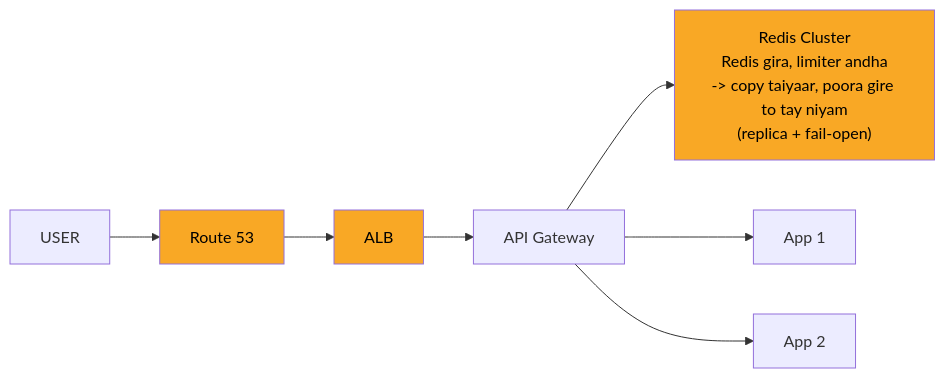
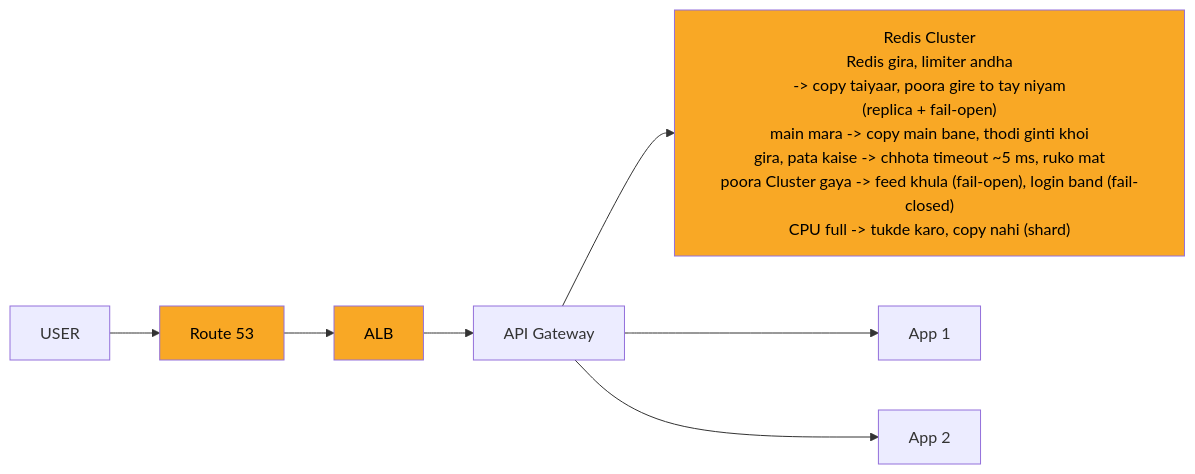
Before and after one commit to ArpanMaheshwari144/Prep: the fifth of 11 diagrams in 04_HLD/SYSTEM_DESIGNS/02_rate_limiter/02_rate_limiter.md, drawn with Mermaid. The commit also changed other lines of this file and 12 other files, not shown here.

Commit message:
hld 02-14: peele dabbe me SAFAR ke mod + diagram chauda (wrappingWidth 450)

````diff
--- a/04_HLD/SYSTEM_DESIGNS/02_rate_limiter/02_rate_limiter.md
+++ b/04_HLD/SYSTEM_DESIGNS/02_rate_limiter/02_rate_limiter.md
@@ -214,19 +218,20 @@
 ```mermaid
+%%{init: {"flowchart": {"wrappingWidth": 450}}}%%
 flowchart LR
     n_USER["USER"]
     n_Route_53["Route 53"]
     n_ALB["ALB"]
     n_API_Gateway["API Gateway"]
-    n_Redis_Cluster["Redis Cluster<br/>Redis gira, limiter andha<br/>-> copy taiyaar, poora gire to tay niyam<br/>(replica + fail-open)"]
+    n_Redis_Cluster["Redis Cluster<br/>Redis gira, limiter andha<br/>-> copy taiyaar, poora gire to tay niyam<br/>(replica + fail-open)<br/>main mara -> copy main bane, thodi ginti khoi<br/>gira, pata kaise -> chhota timeout ~5 ms, ruko mat<br/>poora Cluster gaya -> feed khula (fail-open), login band (fail-closed)<br/>CPU full -> tukde karo, copy nahi (shard)"]
     n_App_x_N_1["App 1"]
     n_App_x_N_2["App 2"]
     n_USER --> n_Route_53
     n_Route_53 --> n_ALB
     n_ALB --> n_API_Gateway
     n_API_Gateway --> n_Redis_Cluster
     n_API_Gateway --> n_App_x_N_1
     n_API_Gateway --> n_App_x_N_2
     style n_Redis_Cluster fill:#f9a825,color:#000
     style n_Route_53 fill:#f9a825,color:#000
     style n_ALB fill:#f9a825,color:#000
 ```
````
